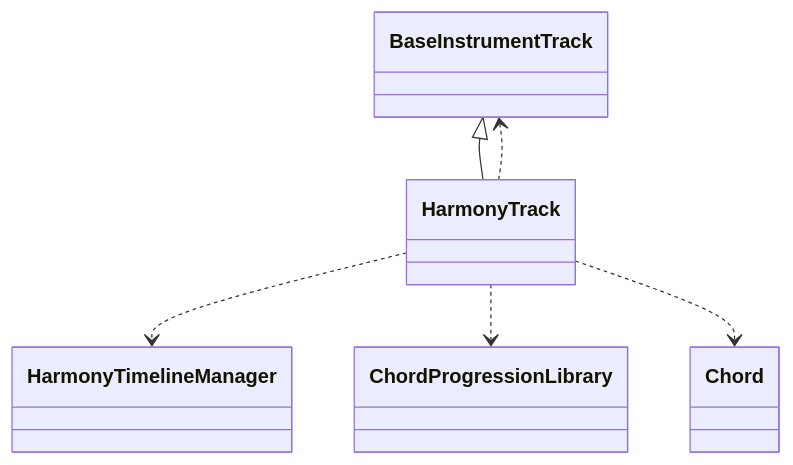
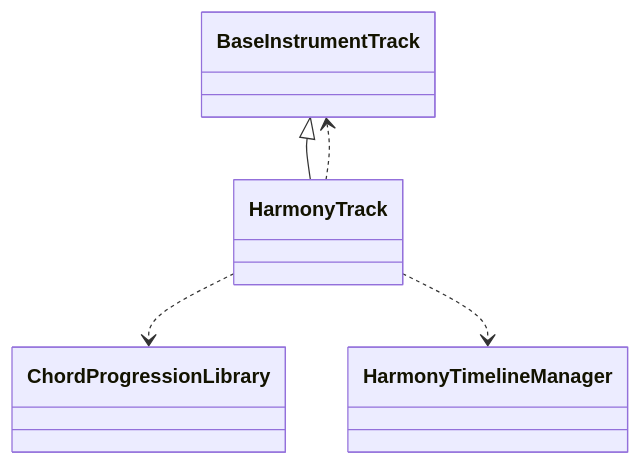
One commit to schnock-art/project_inspector changed the fourth of 39 diagrams in test/test.md. Above: the diagram before and after it, drawn with Mermaid. The commit also changed other lines of this file and 3 other files, not shown here.

````diff
--- a/test/test.md
+++ b/test/test.md
@@ -186,8 +185,7 @@
 ```mermaid
 classDiagram
 BaseInstrumentTrack <|-- HarmonyTrack
+HarmonyTrack ..> ChordProgressionLibrary
+HarmonyTrack ..> BaseInstrumentTrack
 HarmonyTrack ..> HarmonyTimelineManager
-HarmonyTrack ..> BaseInstrumentTrack
-HarmonyTrack ..> ChordProgressionLibrary
-HarmonyTrack ..> Chord
 ```
````
